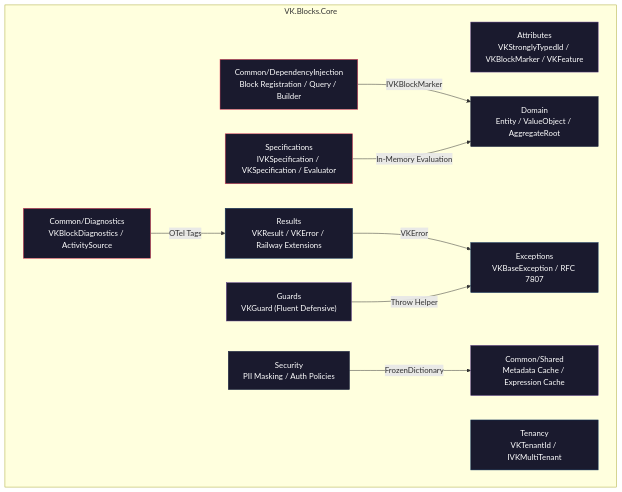
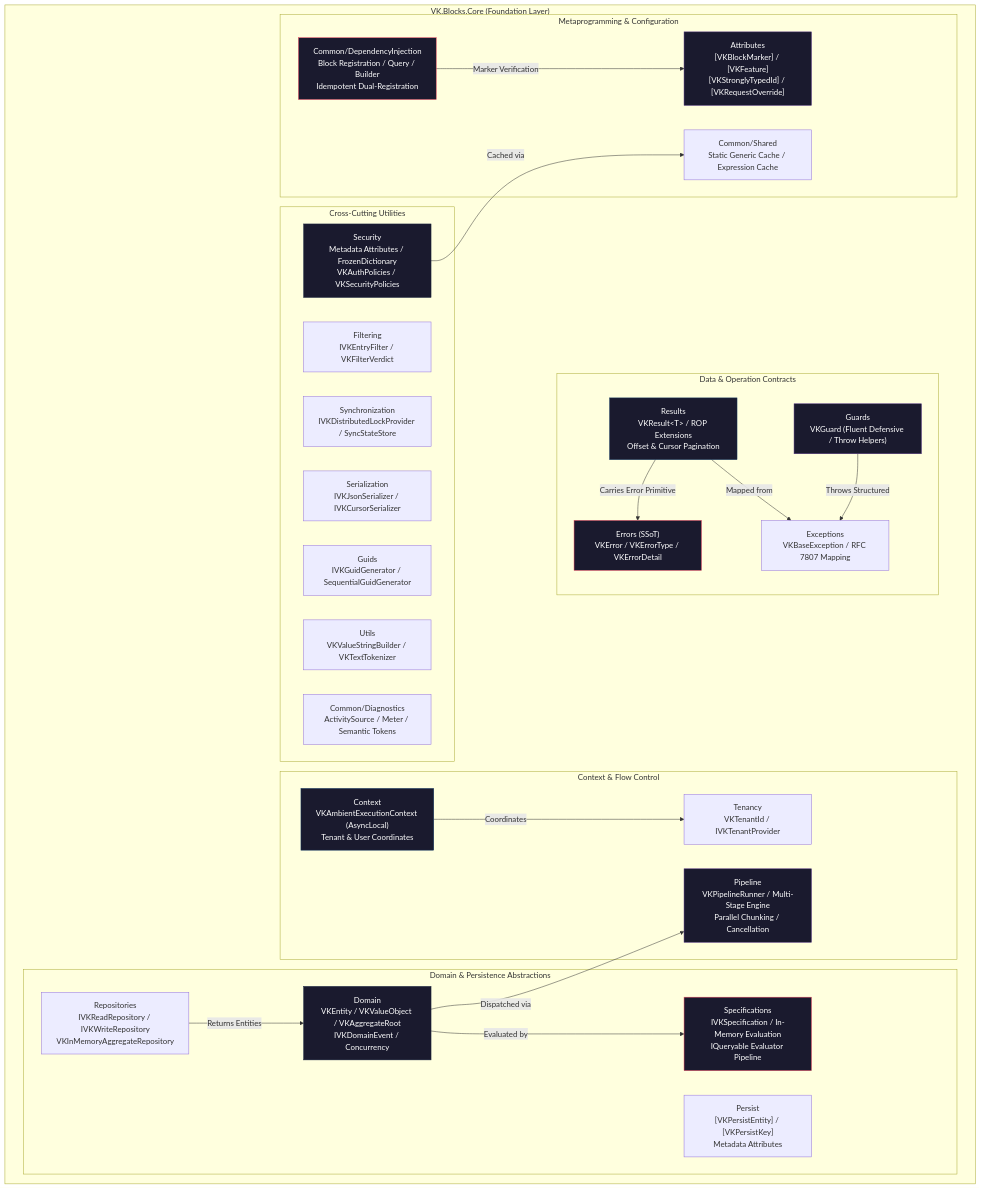
One commit to ViktorLK/VK-Common-BE changed the diagram in src/BuildingBlocks/Core/README.md. Above: the diagram before and after it, drawn with Mermaid. The commit also changed other lines of this file and 174 other files, not shown here.

````diff
--- a/src/BuildingBlocks/Core/README.md
+++ b/src/BuildingBlocks/Core/README.md
@@ -21,35 +23,62 @@
 ```mermaid
 graph TD
-    subgraph "VK.Blocks.Core"
-        Attributes["Attributes<br/>VKStronglyTypedId / VKBlockMarker / VKFeature"]
-        DI["Common/DependencyInjection<br/>Block Registration / Query / Builder"]
-        Results["Results<br/>VKResult / VKError / Railway Extensions"]
-        Domain["Domain<br/>Entity / ValueObject / AggregateRoot"]
-        Guards["Guards<br/>VKGuard (Fluent Defensive)"]
-        Diagnostics["Common/Diagnostics<br/>VKBlockDiagnostics / ActivitySource"]
-        Exceptions["Exceptions<br/>VKBaseException / RFC 7807"]
-        Security["Security<br/>PII Masking / Auth Policies"]
-        Shared["Common/Shared<br/>Metadata Cache / Expression Cache"]
-        Tenancy["Tenancy<br/>VKTenantId / IVKMultiTenant"]
-        Specifications["Specifications<br/>IVKSpecification / VKSpecification / Evaluator"]
+    subgraph "VK.Blocks.Core (Foundation Layer)"
+        subgraph "Metaprogramming & Configuration"
+            Attributes["Attributes<br/>[VKBlockMarker] / [VKFeature]<br/>[VKStronglyTypedId] / [VKRequestOverride]"]
+            DI["Common/DependencyInjection<br/>Block Registration / Query / Builder<br/>Idempotent Dual-Registration"]
+            Shared["Common/Shared<br/>Static Generic Cache / Expression Cache"]
+        end
+
+        subgraph "Context & Flow Control"
+            Context["Context<br/>VKAmbientExecutionContext (AsyncLocal)<br/>Tenant & User Coordinates"]
+            Tenancy["Tenancy<br/>VKTenantId / IVKTenantProvider"]
+            Pipeline["Pipeline<br/>VKPipelineRunner / Multi-Stage Engine<br/>Parallel Chunking / Cancellation"]
+        end
+
+        subgraph "Data & Operation Contracts"
+            Results["Results<br/>VKResult&lt;T&gt; / ROP Extensions<br/>Offset & Cursor Pagination"]
+            Errors["Errors (SSoT)<br/>VKError / VKErrorType / VKErrorDetail"]
+            Exceptions["Exceptions<br/>VKBaseException / RFC 7807 Mapping"]
+            Guards["Guards<br/>VKGuard (Fluent Defensive / Throw Helpers)"]
+        end
+
+        subgraph "Domain & Persistence Abstractions"
+            Domain["Domain<br/>VKEntity / VKValueObject / VKAggregateRoot<br/>IVKDomainEvent / Concurrency"]
+            Specifications["Specifications<br/>IVKSpecification / In-Memory Evaluation<br/>IQueryable Evaluator Pipeline"]
+            Repositories["Repositories<br/>IVKReadRepository / IVKWriteRepository<br/>VKInMemoryAggregateRepository"]
+            Persist["Persist<br/>[VKPersistEntity] / [VKPersistKey]<br/>Metadata Attributes"]
+        end
+
+        subgraph "Cross-Cutting Utilities"
+            Security["Security<br/>Metadata Attributes / FrozenDictionary<br/>VKAuthPolicies / VKSecurityPolicies"]
+            Filtering["Filtering<br/>IVKEntryFilter / VKFilterVerdict"]
+            Synchronization["Synchronization<br/>IVKDistributedLockProvider / SyncStateStore"]
+            Serialization["Serialization<br/>IVKJsonSerializer / IVKCursorSerializer"]
+            Guids["Guids<br/>IVKGuidGenerator / SequentialGuidGenerator"]
+            Utils["Utils<br/>VKValueStringBuilder / VKTextTokenizer"]
+            Diagnostics["Common/Diagnostics<br/>ActivitySource / Meter / Semantic Tokens"]
+        end
     end
 
-    DI -->|"IVKBlockMarker"| Domain
-    Results -->|"VKError"| Exceptions
-    Guards -->|"Throw Helper"| Exceptions
-    Security -->|"FrozenDictionary"| Shared
-    Diagnostics -->|"OTel Tags"| Results
-    Specifications -->|"In-Memory Evaluation"| Domain
+    %% Key Relationships
+    DI -->|"Marker Verification"| Attributes
+    Context -->|"Coordinates"| Tenancy
+    Results -->|"Carries Error Primitive"| Errors
+    Results -->|"Mapped from"| Exceptions
+    Guards -->|"Throws Structured"| Exceptions
+    Domain -->|"Evaluated by"| Specifications
+    Domain -->|"Dispatched via"| Pipeline
+    Repositories -->|"Returns Entities"| Domain
+    Security -->|"Cached via"| Shared
 
     style Attributes fill:#1a1a2e,stroke:#533483,color:#fff
     style DI fill:#1a1a2e,stroke:#e94560,color:#fff
     style Results fill:#1a1a2e,stroke:#0f3460,color:#fff
+    style Errors fill:#1a1a2e,stroke:#e94560,color:#fff
     style Domain fill:#1a1a2e,stroke:#16213e,color:#fff
     style Guards fill:#1a1a2e,stroke:#533483,color:#fff
-    style Diagnostics fill:#1a1a2e,stroke:#e94560,color:#fff
-    style Exceptions fill:#1a1a2e,stroke:#0f3460,color:#fff
+    style Context fill:#1a1a2e,stroke:#0f3460,color:#fff
+    style Pipeline fill:#1a1a2e,stroke:#533483,color:#fff
+    style Specifications fill:#1a1a2e,stroke:#e94560,color:#fff
     style Security fill:#1a1a2e,stroke:#16213e,color:#fff
-    style Shared fill:#1a1a2e,stroke:#533483,color:#fff
-    style Tenancy fill:#1a1a2e,stroke:#0f3460,color:#fff
-    style Specifications fill:#1a1a2e,stroke:#e94560,color:#fff
 ```
````
